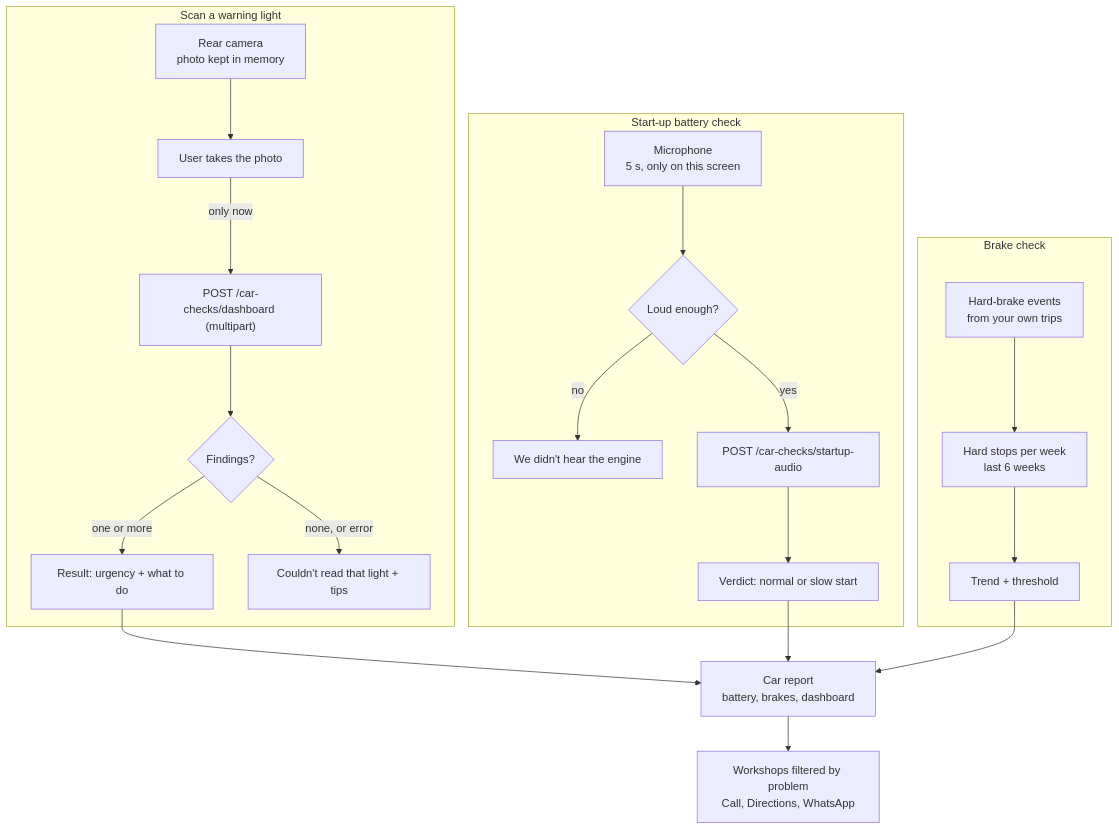
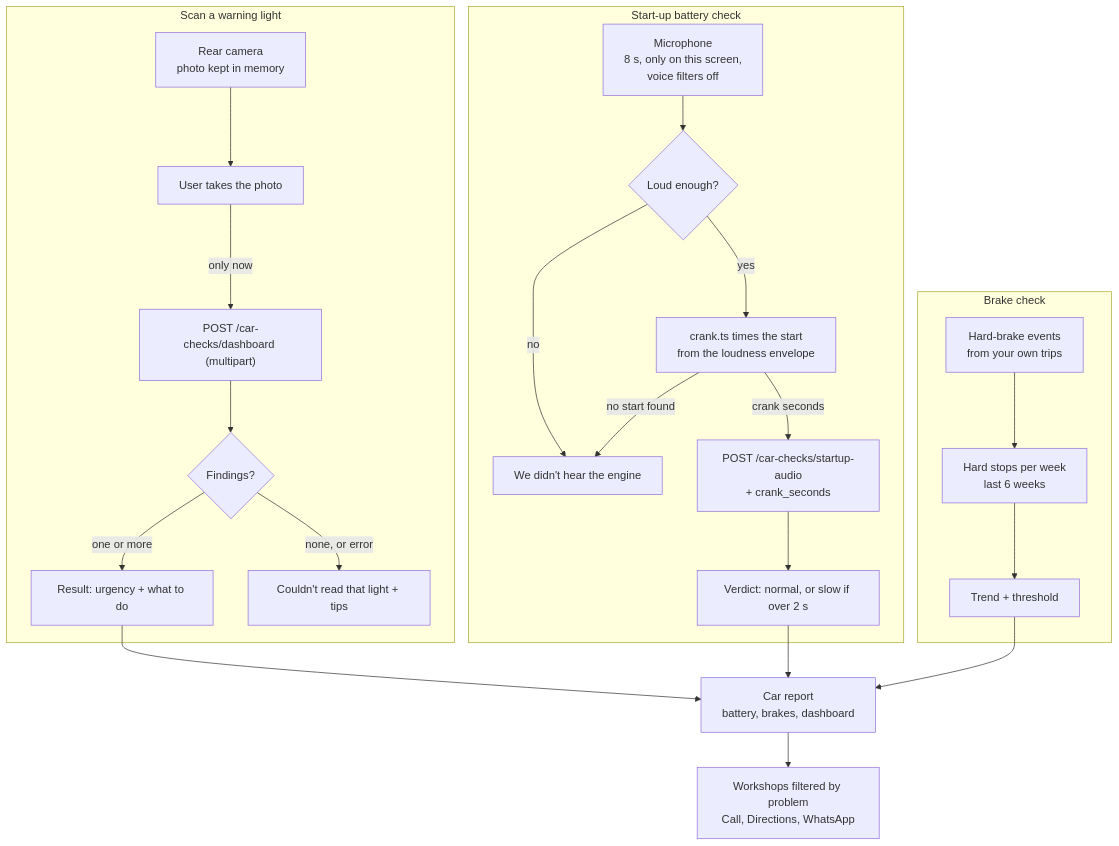
Before and after one commit to aarntn/Dormathon-LaPeace-Taylors: diagram 11 of 14 in docs/ARCHITECTURE.md, drawn with Mermaid. The commit also changed other lines of this file and 4 other files, not shown here.

````diff
--- a/docs/ARCHITECTURE.md
+++ b/docs/ARCHITECTURE.md
@@ -375,23 +375,25 @@
 ```mermaid
 flowchart TB
   subgraph dash["Scan a warning light"]
     cam["Rear camera<br/>photo kept in memory"] --> take["User takes the photo"]
     take -->|"only now"| up["POST /car-checks/dashboard (multipart)"]
     up --> res{"Findings?"}
     res -->|"one or more"| show["Result: urgency + what to do"]
     res -->|"none, or error"| retry["Couldn't read that light + tips"]
   end
   subgraph start["Start-up battery check"]
-    mic["Microphone<br/>5 s, only on this screen"] --> level{"Loud enough?"}
+    mic["Microphone<br/>8 s, only on this screen,<br/>voice filters off"] --> level{"Loud enough?"}
     level -->|"no"| quiet["We didn't hear the engine"]
-    level -->|"yes"| aud["POST /car-checks/startup-audio"]
-    aud --> sres["Verdict: normal or slow start"]
+    level -->|"yes"| crank["crank.ts times the start<br/>from the loudness envelope"]
+    crank -->|"no start found"| quiet
+    crank -->|"crank seconds"| aud["POST /car-checks/startup-audio<br/>+ crank_seconds"]
+    aud --> sres["Verdict: normal, or slow if over 2 s"]
   end
   subgraph brake["Brake check"]
     ev["Hard-brake events<br/>from your own trips"] --> wk["Hard stops per week<br/>last 6 weeks"] --> slope["Trend + threshold"]
   end
   show --> rep["Car report<br/>battery, brakes, dashboard"]
   sres --> rep
   slope --> rep
   rep --> shop["Workshops filtered by problem<br/>Call, Directions, WhatsApp"]
 ```
````
